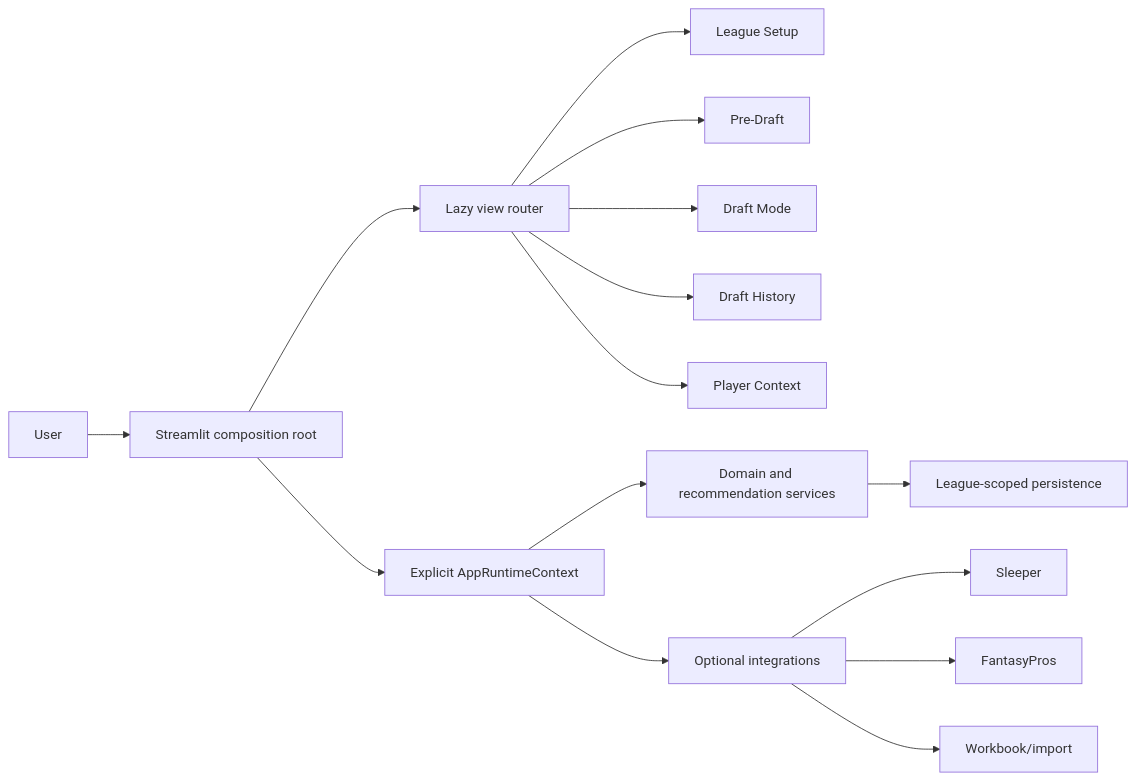
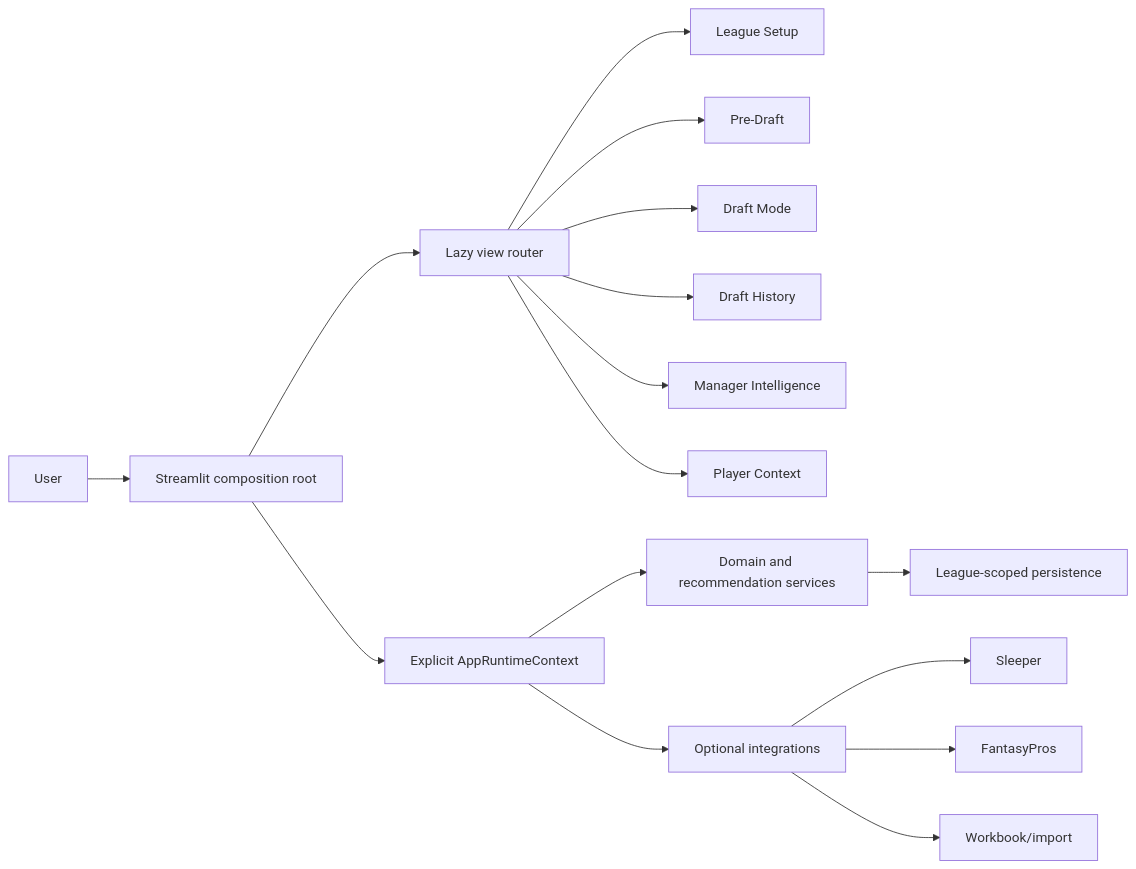
Before and after one commit to zetvzb/fantasyfootball_app: the first of 2 diagrams in docs/ARCHITECTURE.md, drawn with Mermaid. The commit also changed 21 other files, not shown here.

````diff
--- a/docs/ARCHITECTURE.md
+++ b/docs/ARCHITECTURE.md
@@ -5,17 +5,18 @@
 ```mermaid
 flowchart LR
     U[User] --> ST[Streamlit composition root]
     ST --> R[Lazy view router]
     R --> LS[League Setup]
     R --> PD[Pre-Draft]
     R --> DM[Draft Mode]
     R --> DH[Draft History]
+    R --> MI[Manager Intelligence]
     R --> PC[Player Context]
     ST --> AR[Explicit AppRuntimeContext]
     AR --> D[Domain and recommendation services]
     AR --> I[Optional integrations]
     D --> P[League-scoped persistence]
     I --> SL[Sleeper]
     I --> FP[FantasyPros]
     I --> WB[Workbook/import]
 ```
````
